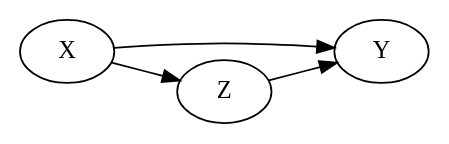
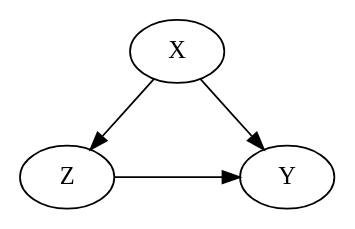
Before and after one commit to vdeni/causal-inference_bayes-and-dags: the third of 3 diagrams in reports/exploring-causality.qmd, drawn with Graphviz. The commit also changed other lines of this file and 2 other files, not shown here.

````diff
--- a/reports/exploring-causality.qmd
+++ b/reports/exploring-causality.qmd
@@ -285,13 +295,14 @@
 ```{dot fig_bn_x-confound}
 //| fig-align: center
 //| fig-cap: The obviously false DAG.
 //| label: fig-three-var-confounding-x-confound
 
 digraph G {
     layout=dot;
-    rankdir=LR;
+    rankdir=TB;
     X -> Y;
     X -> Z;
-    Z -> Y;
+    Z -> Y[minlen=4];
+    {rank="same"; Z; Y;}
 }
 ```
````
